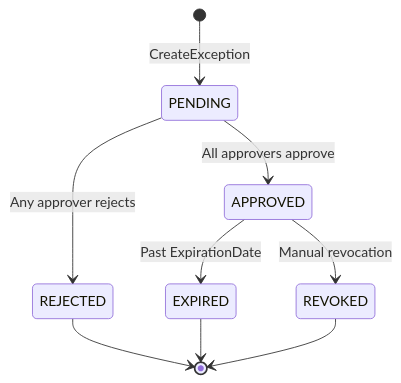
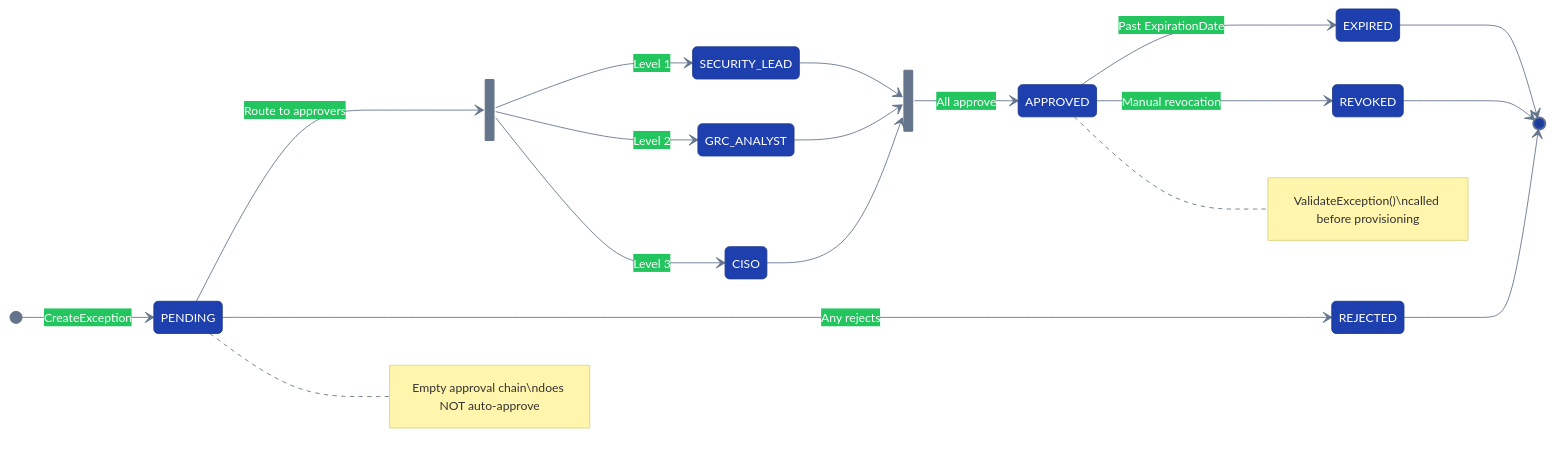
The sixth of 6 diagrams in docs/core/architecture/HLD.md (lvonguyen/cloudforge), drawn with Mermaid before and after one commit. The commit also changed other lines of this file and 25 other files, not shown here.

First line of the commit message:
docs: add 4 runbook diagrams + upgrade 6 HLD diagrams + docs-audit fixes

````diff
--- a/docs/core/architecture/HLD.md
+++ b/docs/core/architecture/HLD.md
@@ -797,11 +857,31 @@
 ```mermaid
+%%{init: {'theme': 'base', 'themeVariables': {'fontFamily': 'Inter, system-ui, sans-serif', 'fontSize': '14px', 'primaryColor': '#1e40af', 'primaryTextColor': '#fff', 'primaryBorderColor': '#1e3a8a', 'lineColor': '#64748b', 'secondaryColor': '#22c55e', 'tertiaryColor': '#ef4444'}}}%%
+
 stateDiagram-v2
+    direction LR
     [*] --> PENDING: CreateException
-    PENDING --> APPROVED: All approvers approve
-    PENDING --> REJECTED: Any approver rejects
+
+    state approval_fork <<fork>>
+    PENDING --> approval_fork: Route to approvers
+
+    state approval_join <<join>>
+    approval_fork --> SECURITY_LEAD: Level 1
+    approval_fork --> GRC_ANALYST: Level 2
+    approval_fork --> CISO: Level 3
+    SECURITY_LEAD --> approval_join
+    GRC_ANALYST --> approval_join
+    CISO --> approval_join
+
+    approval_join --> APPROVED: All approve
+    PENDING --> REJECTED: Any rejects
+
     APPROVED --> EXPIRED: Past ExpirationDate
     APPROVED --> REVOKED: Manual revocation
+
     REJECTED --> [*]
     EXPIRED --> [*]
     REVOKED --> [*]
+
+    note right of PENDING: Empty approval chain\ndoes NOT auto-approve
+    note right of APPROVED: ValidateException()\ncalled before provisioning
 ```
````
